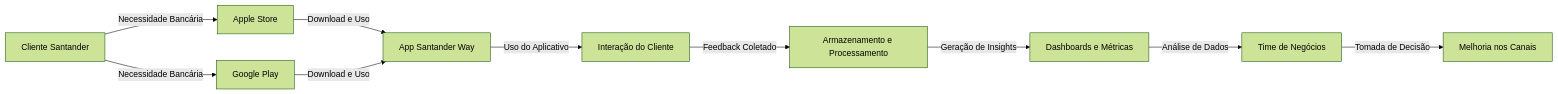
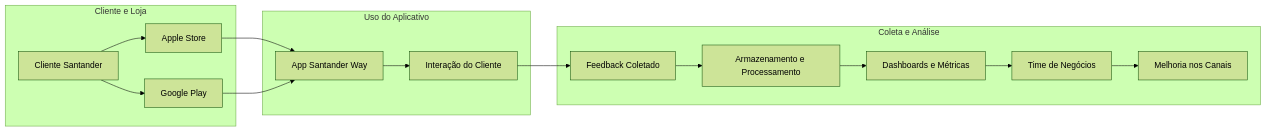
The first of 2 diagrams in README.md (gacarvalho/compass-deployment), drawn with Mermaid (forest theme) before and after one commit. The commit also changed other lines of this file, not shown here.

````diff
--- a/README.md
+++ b/README.md
@@ -81,13 +81,23 @@
 ```mermaid
 graph LR;
-    A[Cliente Santander] -->|Necessidade Bancária| B[Apple Store]
-    A -->|Necessidade Bancária| C[Google Play]
-    B -->|Download e Uso| D[App Santander Way]
-    C -->|Download e Uso| D
-    D -->|Uso do Aplicativo| E[Interação do Cliente]
-    E -->|Feedback Coletado| F[Armazenamento e Processamento]
-    F -->|Geração de Insights| G[Dashboards e Métricas]
-    G -->|Análise de Dados| H[Time de Negócios]
-    H -->|Tomada de Decisão| I[Melhoria nos Canais]
+    subgraph "Cliente e Loja"
+        A[Cliente Santander] --> B[Apple Store];
+        A --> C[Google Play];
+    end
+
+    subgraph "Uso do Aplicativo"
+        B --> D[App Santander Way];
+        C --> D;
+        D --> E[Interação do Cliente];
+    end
+
+    subgraph "Coleta e Análise"
+        E --> F[Feedback Coletado];
+        F --> G[Armazenamento e Processamento];
+        G --> H[Dashboards e Métricas];
+        H --> I[Time de Negócios];
+        I --> J[Melhoria nos Canais];
+    end
+
 
 ```
````
